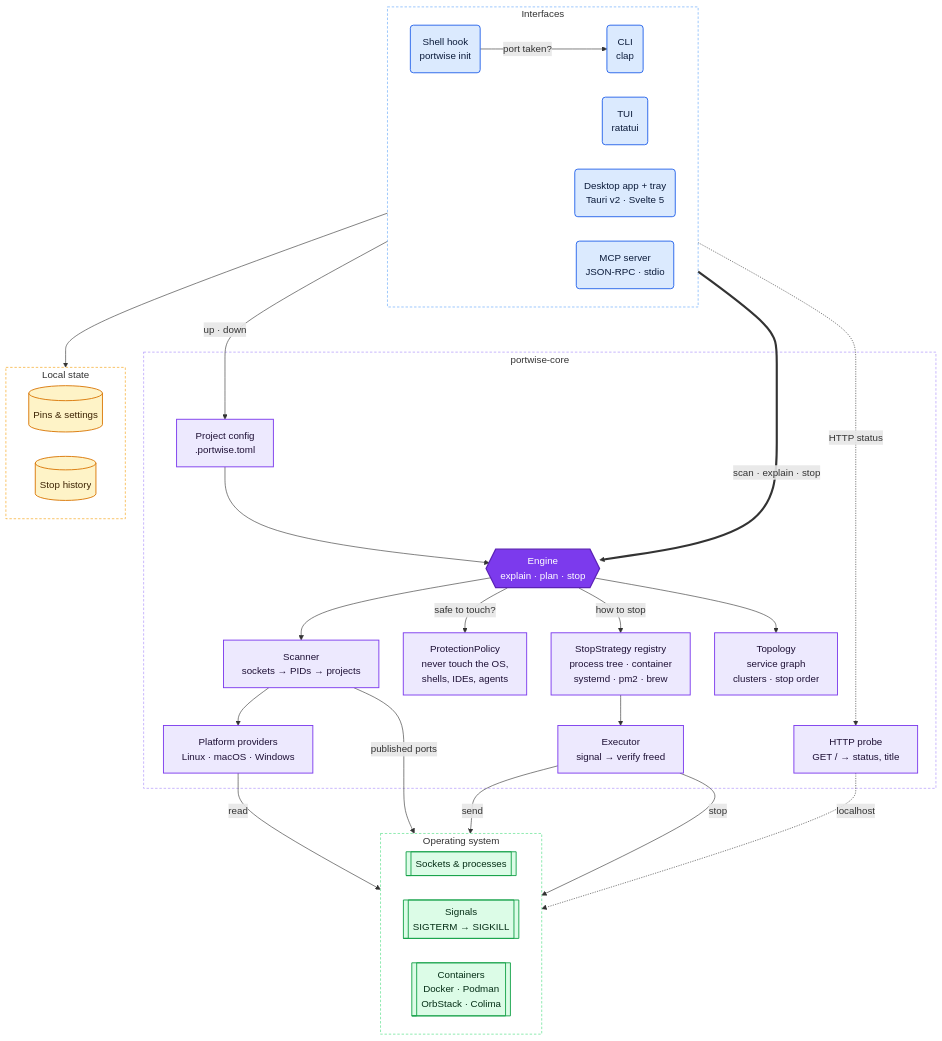
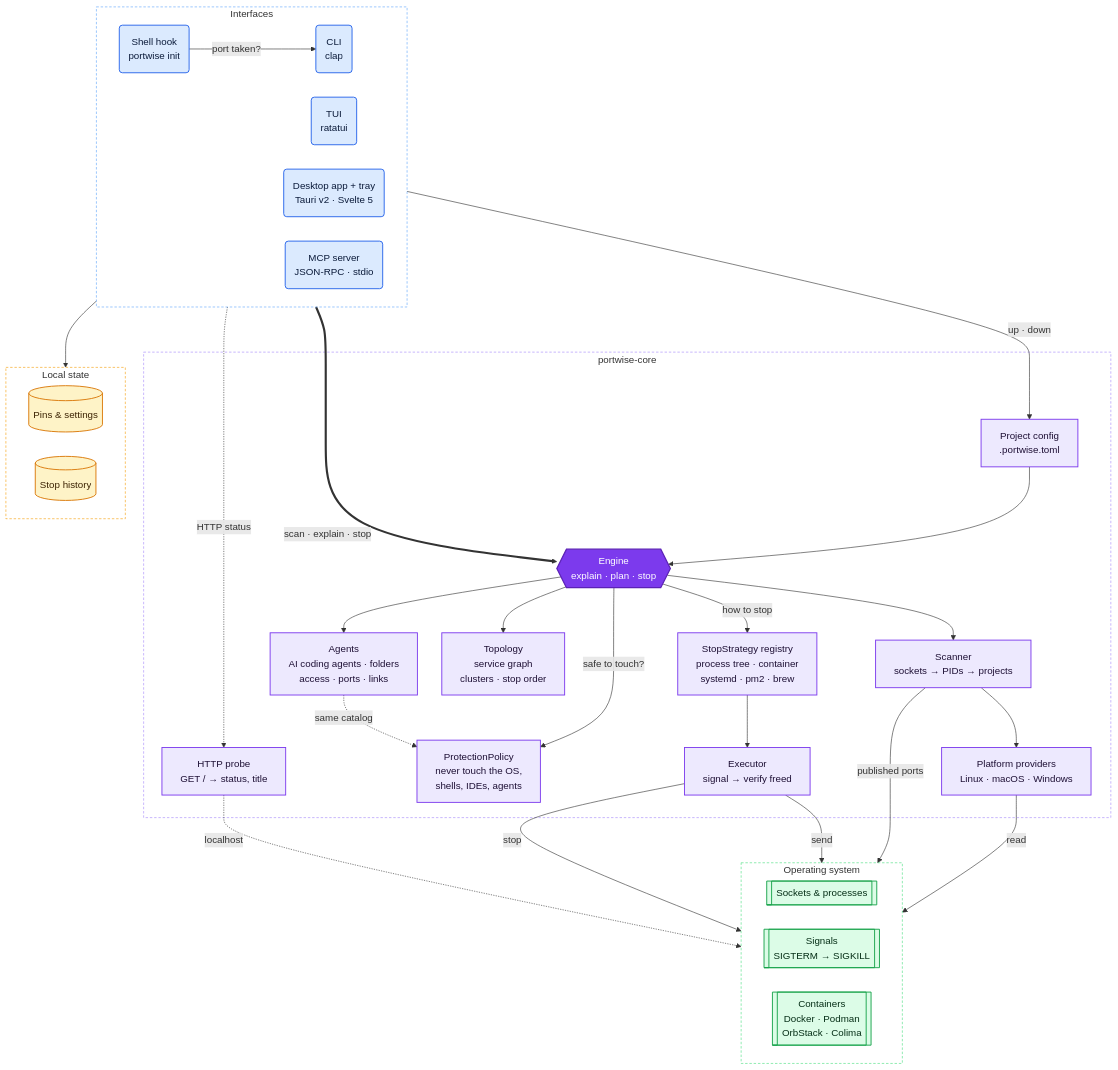
The first of 6 diagrams in docs/architecture.md (santoshshinde2012/holdmap), drawn with Mermaid before and after one commit. The commit also changed other lines of this file and 37 other files, not shown here.

First line of the commit message:
feat: agents view — AI coding agents with their folders, access, ports and connections

````diff
--- a/docs/architecture.md
+++ b/docs/architecture.md
@@ -9,73 +9,76 @@
 ```mermaid
 %%{init: {"flowchart": {"wrappingWidth": 260, "nodeSpacing": 40, "rankSpacing": 50}}}%%
 flowchart TB
   subgraph IF["Interfaces"]
     direction LR
     HOOK("Shell hook<br/>portwise init")
     CLI("CLI<br/>clap")
     TUI("TUI<br/>ratatui")
     DESK("Desktop app + tray<br/>Tauri v2 · Svelte 5")
     MCP("MCP server<br/>JSON-RPC · stdio")
   end
 
   subgraph CORE["portwise-core"]
     ENG{{"Engine<br/>explain · plan · stop"}}
     SCAN["Scanner<br/>sockets → PIDs → projects"]
     PROV["Platform providers<br/>Linux · macOS · Windows"]
     POL["ProtectionPolicy<br/>never touch the OS,<br/>shells, IDEs, agents"]
     REG["StopStrategy registry<br/>process tree · container<br/>systemd · pm2 · brew"]
     EXEC["Executor<br/>signal → verify freed"]
     TOPO["Topology<br/>service graph<br/>clusters · stop order"]
+    AGT["Agents<br/>AI coding agents · folders<br/>access · ports · links"]
     HTTP["HTTP probe<br/>GET / → status, title"]
     STACK["Project config<br/>.portwise.toml"]
   end
 
   subgraph OS["Operating system"]
     direction LR
     SOCK[["Sockets & processes"]]
     SIG[["Signals<br/>SIGTERM → SIGKILL"]]
     CTR[["Containers<br/>Docker · Podman<br/>OrbStack · Colima"]]
   end
 
   subgraph ST["Local state"]
     direction LR
     PINS[("Pins & settings")]
     HIST[("Stop history")]
   end
 
   HOOK -->|"port taken?"| CLI
 
   IF ==>|"scan · explain · stop"| ENG
   IF -.->|"HTTP status"| HTTP
   IF --> ST
   CLI -->|"up · down"| STACK
   STACK --> ENG
 
   ENG --> SCAN
   SCAN --> PROV
   ENG -->|"safe to touch?"| POL
   ENG -->|"how to stop"| REG
   ENG --> TOPO
+  ENG --> AGT
+  AGT -.->|"same catalog"| POL
   REG --> EXEC
 
   PROV -->|"read"| SOCK
   SCAN -->|"published ports"| CTR
   EXEC -->|"send"| SIG
   EXEC -->|"stop"| CTR
   HTTP -.->|"localhost"| SOCK
 
   classDef iface fill:#dbeafe,stroke:#2563eb,stroke-width:1.5px,color:#0b1b3a
   classDef core fill:#ede9fe,stroke:#7c3aed,stroke-width:1.5px,color:#1e1035
   classDef engine fill:#7c3aed,stroke:#5b21b6,stroke-width:2px,color:#ffffff
   classDef os fill:#dcfce7,stroke:#16a34a,stroke-width:1.5px,color:#052e16
   classDef state fill:#fef3c7,stroke:#d97706,stroke-width:1.5px,color:#3b2203
   class HOOK,CLI,TUI,DESK,MCP iface
-  class SCAN,PROV,POL,REG,EXEC,TOPO,HTTP,STACK core
+  class SCAN,PROV,POL,REG,EXEC,TOPO,AGT,HTTP,STACK core
   class ENG engine
   class SOCK,SIG,CTR os
   class PINS,HIST state
   style IF fill:transparent,stroke:#60a5fa,stroke-dasharray:4 3
   style CORE fill:transparent,stroke:#a78bfa,stroke-dasharray:4 3
   style OS fill:transparent,stroke:#4ade80,stroke-dasharray:4 3
   style ST fill:transparent,stroke:#f59e0b,stroke-dasharray:4 3
 ```
````
